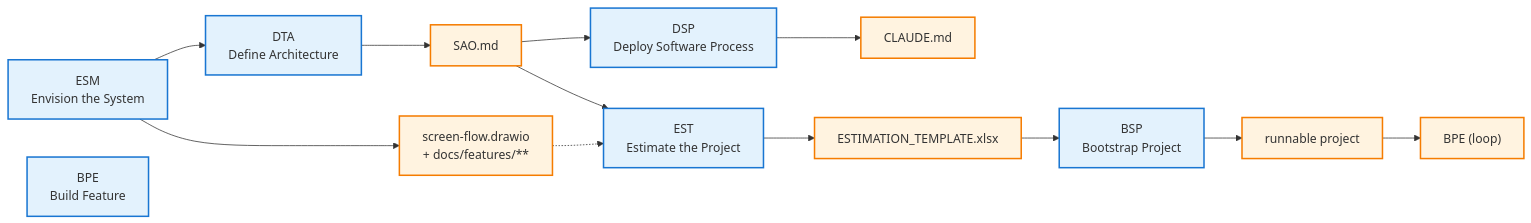
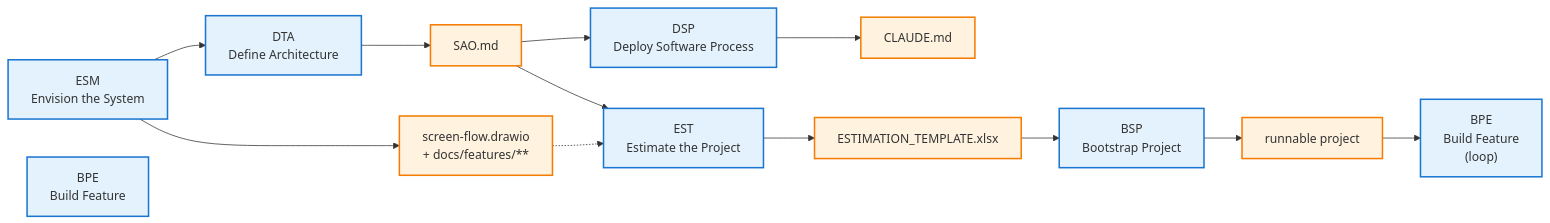
The diagram in .windsurf/workflows/FeatureFactory/playbook.md (phainestai/mimir), drawn with Mermaid before and after one commit.

Commit message:
docs(workflows): make BPE loop node a workflow (blue) with full name
- Change 'BPE (loop)' from artifact (orange) to workflow (blue)
- Add full name: 'BPE - Build Feature (loop)'
- Maintains consistency with other workflow nodes

````diff
--- a/.windsurf/workflows/FeatureFactory/playbook.md
+++ b/.windsurf/workflows/FeatureFactory/playbook.md
@@ -55,35 +55,35 @@
 ```mermaid
 flowchart LR
     ESM["ESM<br/>Envision the System"]
     DTA["DTA<br/>Define Architecture"]
     DSP["DSP<br/>Deploy Software Process"]
     EST["EST<br/>Estimate the Project"]
     BSP["BSP<br/>Bootstrap Project"]
     BPE["BPE<br/>Build Feature"]
+    LOOP["BPE<br/>Build Feature<br/>(loop)"]
     
     SCREEN["screen-flow.drawio<br/>+ docs/features/**"]
     SAO["SAO.md"]
     CLAUDE["CLAUDE.md"]
     ESTIMATION["ESTIMATION_TEMPLATE.xlsx"]
     PROJECT["runnable project"]
-    LOOP["BPE (loop)"]
     
     ESM --> SCREEN
     ESM --> DTA
     DTA --> SAO
     SAO --> DSP
     SAO --> EST
     DSP --> CLAUDE
     EST --> ESTIMATION
     ESTIMATION --> BSP
     BSP --> PROJECT
     PROJECT --> LOOP
     
     SCREEN -.-> EST
     
     classDef workflow fill:#e3f2fd,stroke:#1976d2,stroke-width:2px
     classDef artifact fill:#fff3e0,stroke:#f57c00,stroke-width:2px
     
-    class ESM,DTA,DSP,EST,BSP,BPE workflow
-    class SCREEN,SAO,CLAUDE,ESTIMATION,PROJECT,LOOP artifact
+    class ESM,DTA,DSP,EST,BSP,BPE,LOOP workflow
+    class SCREEN,SAO,CLAUDE,ESTIMATION,PROJECT artifact
 ```
````
